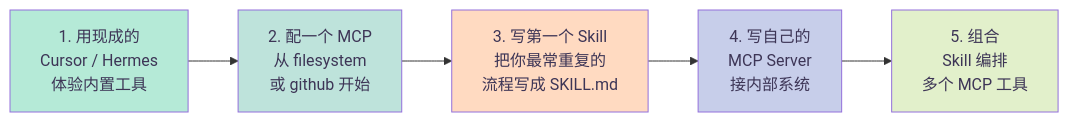
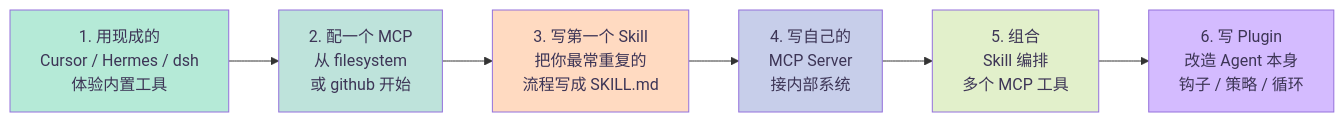
Before and after one commit to caoping0623/caoping0623.github.io: the tenth of 10 diagrams in _posts/2026-07-28-function-calling-mcp-skills.md, drawn with Mermaid. The commit also changed other lines of this file, not shown here.

First line of the commit message:
补充 Plugin 概念：新增第五节并扩展为四者对比

```diff
--- a/_posts/2026-07-28-function-calling-mcp-skills.md
+++ b/_posts/2026-07-28-function-calling-mcp-skills.md
@@ -980,13 +1258,15 @@
 <div class="mermaid">
 graph LR
-    S1["1. 用现成的<br/>Cursor / Hermes<br/>体验内置工具"] --> S2["2. 配一个 MCP<br/>从 filesystem<br/>或 github 开始"]
+    S1["1. 用现成的<br/>Cursor / Hermes / dsh<br/>体验内置工具"] --> S2["2. 配一个 MCP<br/>从 filesystem<br/>或 github 开始"]
     S2 --> S3["3. 写第一个 Skill<br/>把你最常重复的<br/>流程写成 SKILL.md"]
     S3 --> S4["4. 写自己的<br/>MCP Server<br/>接内部系统"]
     S4 --> S5["5. 组合<br/>Skill 编排<br/>多个 MCP 工具"]
+    S5 --> S6["6. 写 Plugin<br/>改造 Agent 本身<br/>钩子 / 策略 / 循环"]
 
     style S1 fill:#b5ead7,color:#3d3556
     style S2 fill:#bee3db,color:#3d3556
     style S3 fill:#ffdac1,color:#3d3556
     style S4 fill:#c7ceea,color:#3d3556
     style S5 fill:#e2f0cb,color:#3d3556
+    style S6 fill:#d4bbff,color:#3d3556
 </div>
```
